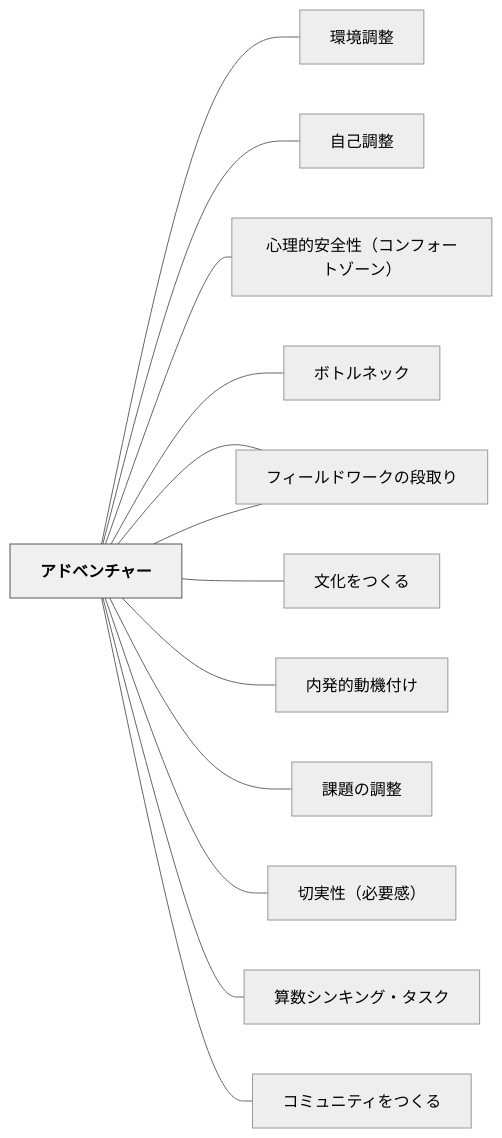
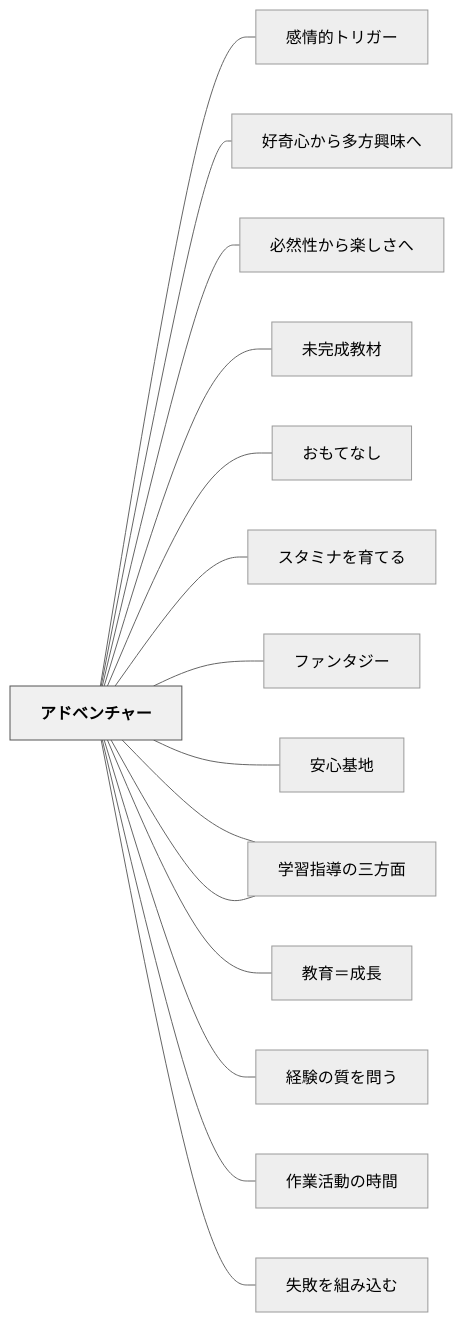
Before and after one commit to unknownthings-ed-patterns/unknownthings-ed-patterns: the diagram in content/パタン/アドベンチャー.md, drawn with Mermaid (neutral theme). The commit also changed other lines of this file and 473 other files, not shown here.

````diff
--- a/content/パタン/アドベンチャー.md
+++ b/content/パタン/アドベンチャー.md
@@ -331,32 +351,36 @@
 ```mermaid
 flowchart LR
     ne382a2e38389["アドベンチャー"]
-    ne792b0e5a283["環境調整"]
-    ne887aae5b7b1["自己調整"]
-    ne5bf83e79086["心理的安全性（コンフォートゾーン）"]
-    ne3839ce38388["ボトルネック"]
-    ne38395e382a3["フィードバック"]
-    ne69687e58c96["文化をつくる"]
-    ne58685e799ba["内発的動機付け"]
-    ne8aab2e9a18c["課題の調整"]
-    ne58887e5ae9f["切実性（必要感）"]
-    ne7ae97e695b0["算数シンキング・タスク"]
-    ne382b3e3839f["コミュニティをつくる"]
-    ne38395e382a3["フィールドワークの段取り"]
+    ne6849fe68385["感情的トリガー"]
+    ne5a5bde5a587["好奇心から多方興味へ"]
+    ne5bf85e784b6["必然性から楽しさへ"]
+    ne69caae5ae8c["未完成教材"]
+    ne3818ae38282["おもてなし"]
+    ne382b9e382bf["スタミナを育てる"]
+    ne38395e382a1["ファンタジー"]
+    ne5ae89e5bf83["安心基地"]
+    ne5ada6e7bf92["学習と勤労の並行"]
+    ne5ada6e7bf92["学習指導の三方面"]
+    ne69599e882b2["教育＝成長"]
+    ne7b58ce9a893["経験の質を問う"]
+    ne4bd9ce6a5ad["作業活動の時間"]
+    ne5a4b1e69597["失敗を組み込む"]
 
-    ne382a2e38389 --- ne792b0e5a283
-    ne382a2e38389 --- ne887aae5b7b1
-    ne382a2e38389 --- ne5bf83e79086
-    ne382a2e38389 --- ne3839ce38388
-    ne382a2e38389 --- ne38395e382a3
-    ne382a2e38389 --- ne69687e58c96
-    ne382a2e38389 --- ne58685e799ba
-    ne382a2e38389 --- ne8aab2e9a18c
-    ne382a2e38389 --- ne58887e5ae9f
-    ne382a2e38389 --- ne7ae97e695b0
-    ne382a2e38389 --- ne382b3e3839f
-    ne382a2e38389 --- ne38395e382a3
+    ne382a2e38389 --- ne6849fe68385
+    ne382a2e38389 --- ne5a5bde5a587
+    ne382a2e38389 --- ne5bf85e784b6
+    ne382a2e38389 --- ne69caae5ae8c
+    ne382a2e38389 --- ne3818ae38282
+    ne382a2e38389 --- ne382b9e382bf
+    ne382a2e38389 --- ne38395e382a1
+    ne382a2e38389 --- ne5ae89e5bf83
+    ne382a2e38389 --- ne5ada6e7bf92
+    ne382a2e38389 --- ne5ada6e7bf92
+    ne382a2e38389 --- ne69599e882b2
+    ne382a2e38389 --- ne7b58ce9a893
+    ne382a2e38389 --- ne4bd9ce6a5ad
+    ne382a2e38389 --- ne5a4b1e69597
 
     classDef hub fill:#f0f0f0,stroke:#555,color:#000,font-weight:bold
     class ne382a2e38389 hub
 ```
````
